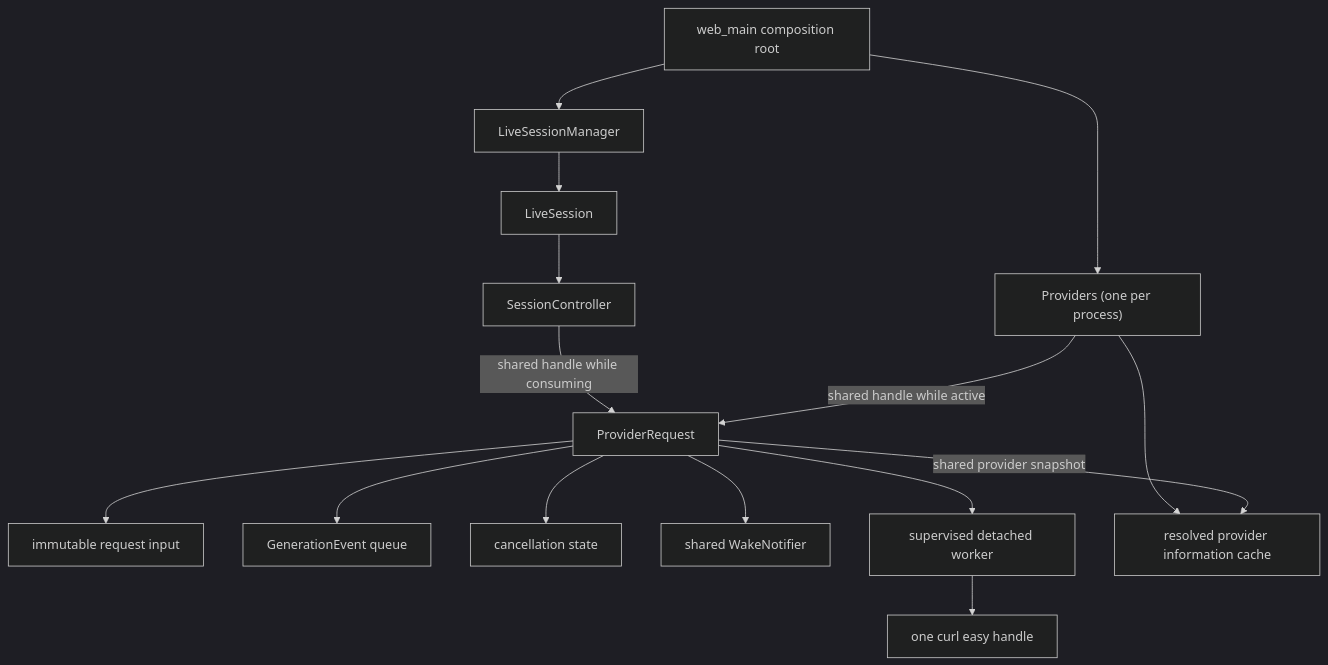
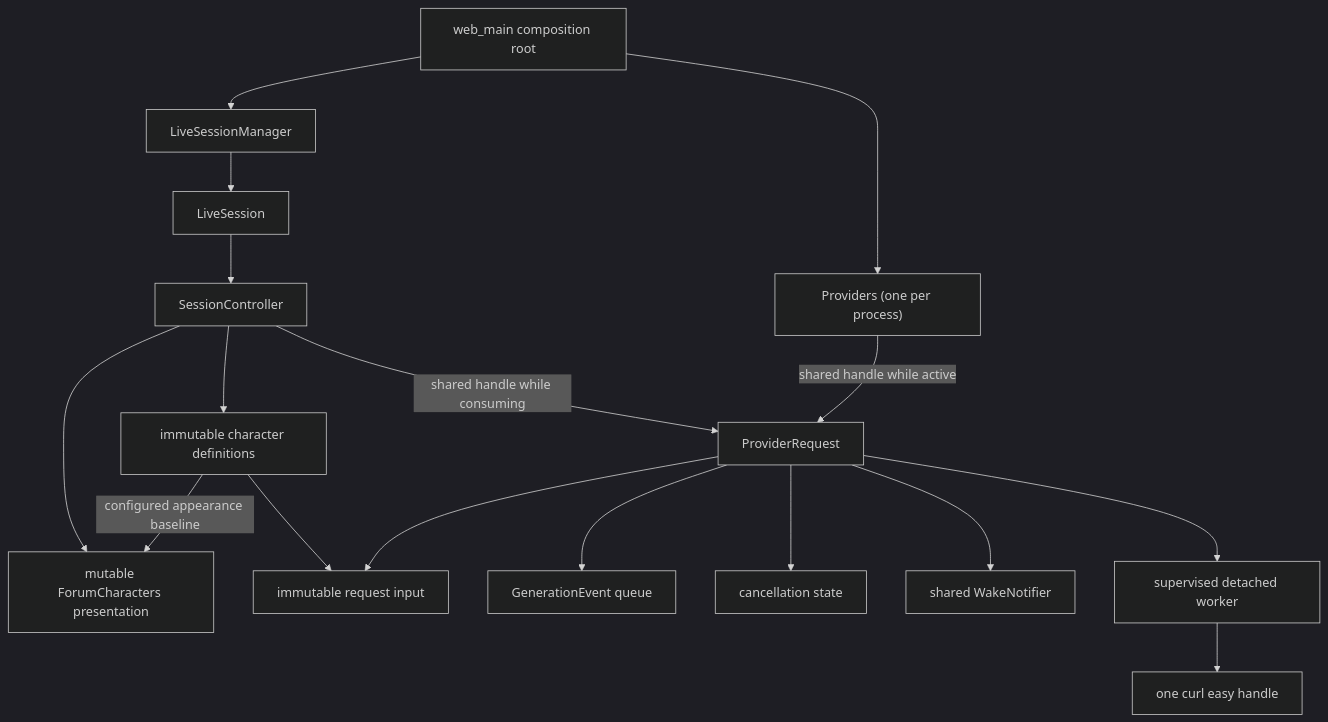
The diagram in docs/design.md (michaelpopov/cha), drawn with Mermaid (dark theme) before and after one commit. The commit also changed other lines of this file and 32 other files, not shown here.

````diff
--- a/docs/design.md
+++ b/docs/design.md
@@ -107,20 +111,21 @@
 ```mermaid
 flowchart TD
     Main["web_main composition root"] --> Providers["Providers (one per process)"]
     Main --> Manager["LiveSessionManager"]
     Manager --> Session["LiveSession"]
     Session --> Controller["SessionController"]
 
+    Controller --> Definitions["immutable character definitions"]
+    Controller --> Characters["mutable ForumCharacters presentation"]
+    Definitions -->|"configured appearance baseline"| Characters
     Controller -->|"shared handle while consuming"| Request["ProviderRequest"]
     Providers -->|"shared handle while active"| Request
 
+    Definitions --> Input
     Request --> Input["immutable request input"]
     Request --> Queue["GenerationEvent queue"]
     Request --> Cancel["cancellation state"]
     Request --> Wake["shared WakeNotifier"]
     Request --> Worker["supervised detached worker"]
     Worker --> Curl["one curl easy handle"]
-
-    Providers --> Cache["resolved provider information cache"]
-    Request -->|"shared provider snapshot"| Cache
 ```
````
